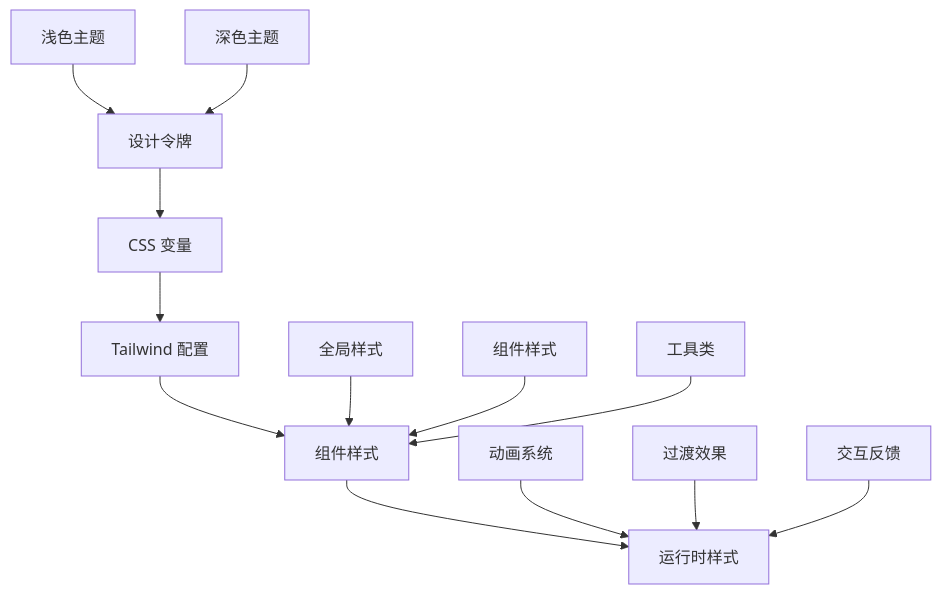
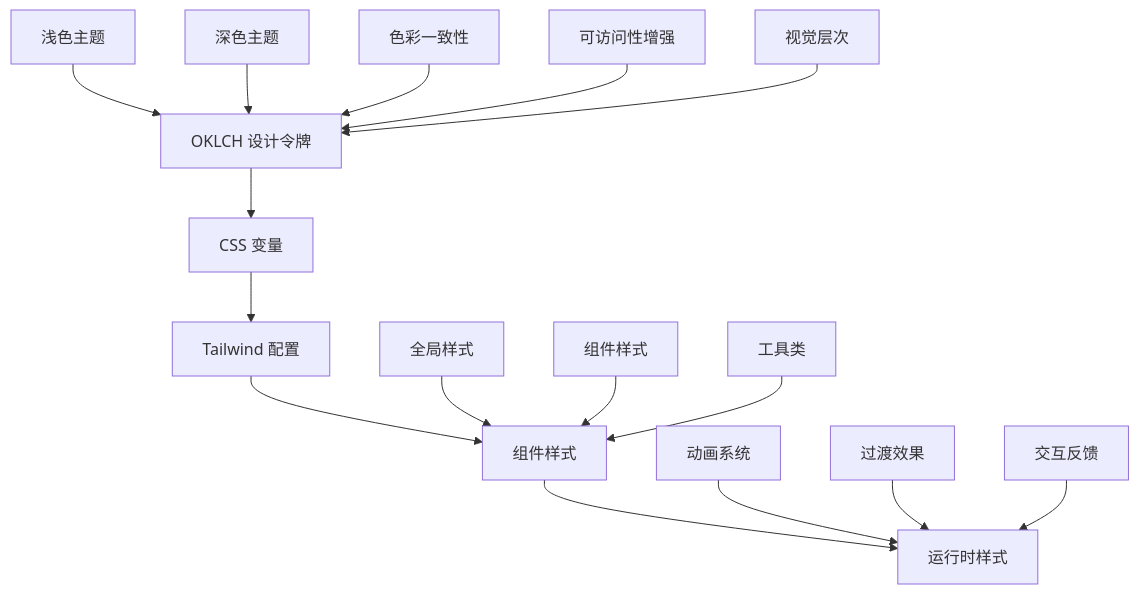
Before and after one commit to verse-ai-org/openclaw: the seventh of 9 diagrams in .qoder/repowiki/zh/content/Web界面/设计系统规范.md, drawn with Mermaid. The commit also changed other lines of this file and 13 other files, not shown here.

````diff
--- a/.qoder/repowiki/zh/content/Web界面/设计系统规范.md
+++ b/.qoder/repowiki/zh/content/Web界面/设计系统规范.md
@@ -239,15 +245,18 @@
 ```mermaid
 flowchart TD
-A[设计令牌] --> B[CSS 变量]
+A[OKLCH 设计令牌] --> B[CSS 变量]
 B --> C[Tailwind 配置]
 C --> D[组件样式]
 D --> E[运行时样式]
 F[浅色主题] --> A
 G[深色主题] --> A
 H[全局样式] --> D
 I[组件样式] --> D
 J[工具类] --> D
 K[动画系统] --> E
 L[过渡效果] --> E
 M[交互反馈] --> E
+N[色彩一致性] --> A
+O[可访问性增强] --> A
+P[视觉层次] --> A
 ```
````
